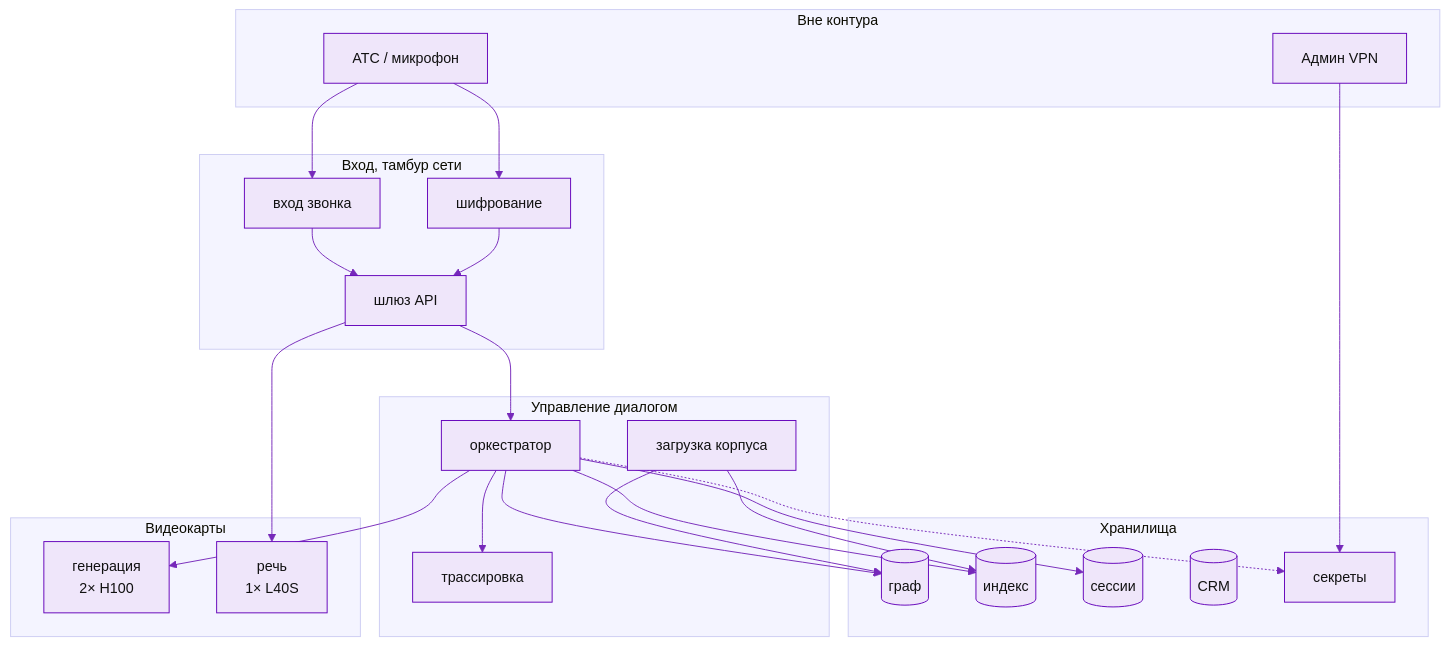
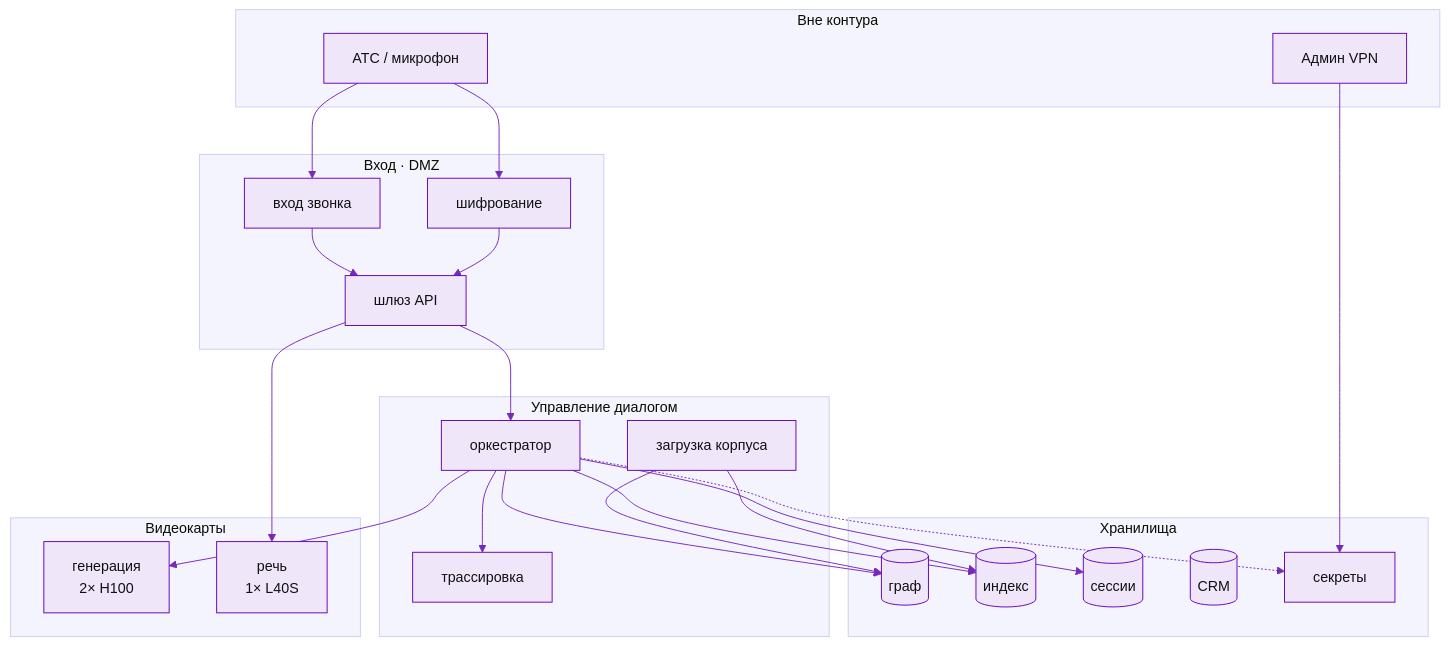
One commit to divisee/otus-ai-architect changed the diagram in final-project/slides/deployment.mmd. Above: the diagram before and after it, drawn with Mermaid. The commit also changed 2 other files, not shown here.

Commit message:
Spell out ACL and DMZ letter-by-letter and retell metrics as plaques.
Footer glosses now expand the abbreviations instead of informal labels; the metrics slides show what each number means, how it grows, and how A/B is run.

```diff
--- a/final-project/slides/deployment.mmd
+++ b/final-project/slides/deployment.mmd
@@ -1,43 +1,43 @@
 %%{init: {'theme':'base','themeVariables':{'primaryColor':'#efe6fa','primaryTextColor':'#111111','primaryBorderColor':'#6402ba','lineColor':'#7629ba','secondaryColor':'#fff4e5','tertiaryColor':'#f4f4ff','fontFamily':'Roboto, Arial, sans-serif','fontSize':'15px','actorBkg':'#efe6fa','actorBorder':'#6402ba','actorTextColor':'#111111','signalColor':'#6402ba','signalTextColor':'#111111','noteBkgColor':'#fff4e5','noteBorderColor':'#ffab40'}}}%%
 
 flowchart TB
     subgraph INET["Вне контура"]
         TEL[АТС / микрофон]
         ADM[Админ VPN]
     end
-    subgraph DMZ["Вход, тамбур сети"]
+    subgraph DMZ["Вход · DMZ"]
         WAF[шифрование]
         SIP[вход звонка]
         GW[шлюз API]
     end
     subgraph INT["Управление диалогом"]
         ORCH[оркестратор]
         ING[загрузка корпуса]
         LF[трассировка]
     end
     subgraph DATA["Хранилища"]
         NEO[(граф)]
         QD[(индекс)]
         PG[(сессии)]
         CRM[(CRM)]
         VAULT[секреты]
     end
     subgraph GPU["Видеокарты"]
         VLLM[генерация<br/>2× H100]
         WHIS[речь<br/>1× L40S]
     end
     TEL --> WAF
     TEL --> SIP
     SIP --> GW
     WAF --> GW
     GW --> ORCH
     ORCH --> NEO
     ORCH --> QD
     ORCH --> PG
     ORCH --> VLLM
     GW --> WHIS
     ING --> NEO
     ING --> QD
     ORCH --> LF
     ORCH -.-> VAULT
     ADM --> VAULT
```
